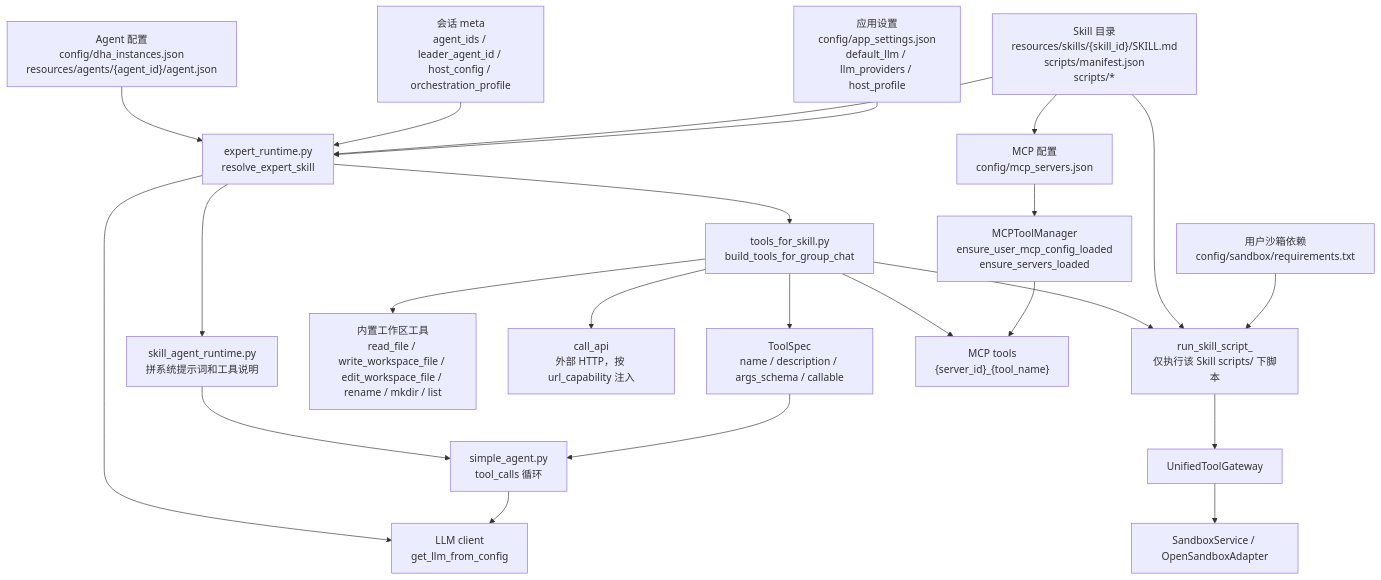
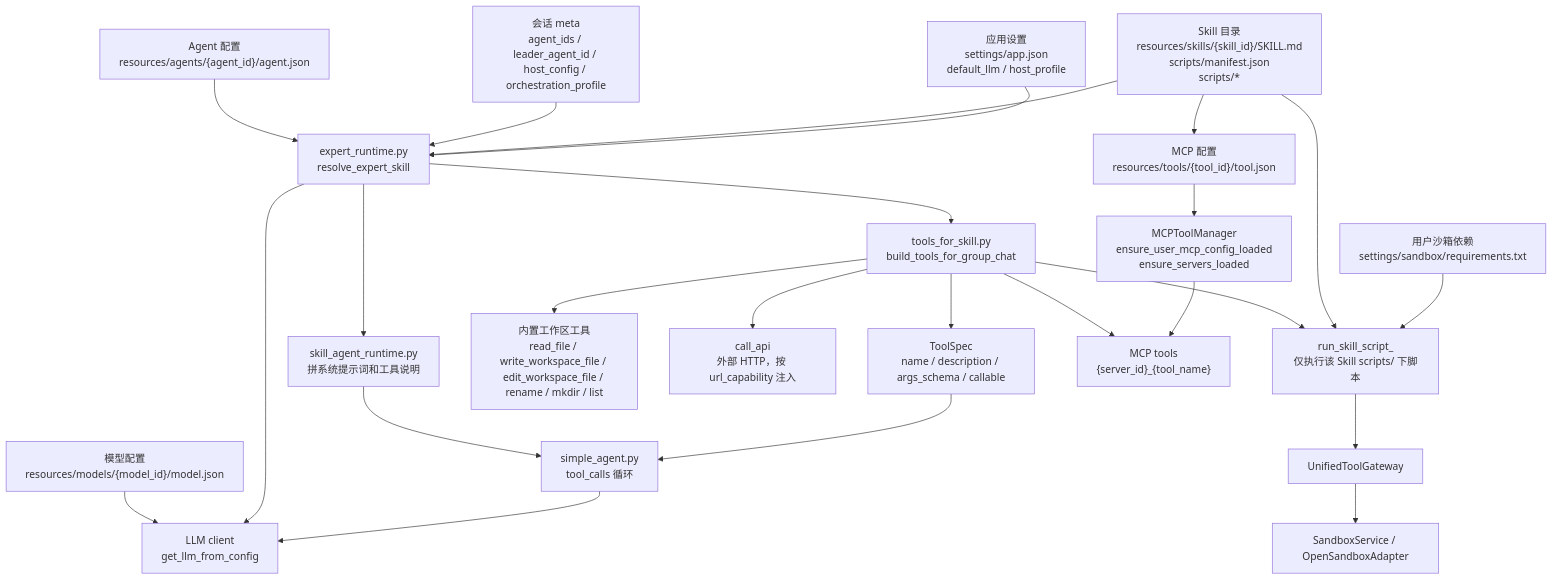
The sixth of 8 diagrams in docs/architecture/interface-map.md (gaoguodong03/shichai), drawn with Mermaid before and after one commit. The commit also changed other lines of this file and 56 other files, not shown here.

````diff
--- a/docs/architecture/interface-map.md
+++ b/docs/architecture/interface-map.md
@@ -636,47 +635,49 @@
 ```mermaid
 flowchart TB
-  AgentProfile["Agent 配置<br/>config/dha_instances.json<br/>resources/agents/{agent_id}/agent.json"]
+  AgentProfile["Agent 配置<br/>resources/agents/{agent_id}/agent.json"]
   SessionMeta["会话 meta<br/>agent_ids / leader_agent_id / host_config / orchestration_profile"]
   SkillTree["Skill 目录<br/>resources/skills/{skill_id}/SKILL.md<br/>scripts/manifest.json<br/>scripts/*"]
-  McpConfig["MCP 配置<br/>config/mcp_servers.json"]
-  AppSettings["应用设置<br/>config/app_settings.json<br/>default_llm / llm_providers / host_profile"]
-  SandboxReq["用户沙箱依赖<br/>config/sandbox/requirements.txt"]
+  McpConfig["MCP 配置<br/>resources/tools/{tool_id}/tool.json"]
+  AppSettings["应用设置<br/>settings/app.json<br/>default_llm / host_profile"]
+  ModelConfig["模型配置<br/>resources/models/{model_id}/model.json"]
+  SandboxReq["用户沙箱依赖<br/>settings/sandbox/requirements.txt"]
 
   ExpertRuntime["expert_runtime.py<br/>resolve_expert_skill"]
   ToolsBuilder["tools_for_skill.py<br/>build_tools_for_group_chat"]
   SkillAgent["skill_agent_runtime.py<br/>拼系统提示词和工具说明"]
   SimpleAgent["simple_agent.py<br/>tool_calls 循环"]
 
   ToolSpec["ToolSpec<br/>name / description / args_schema / callable"]
   BuiltinFile["内置工作区工具<br/>read_file / write_workspace_file / edit_workspace_file / rename / mkdir / list"]
   CallApi["call_api<br/>外部 HTTP，按 url_capability 注入"]
   RunScript["run_skill_script_<skill_id><br/>仅执行该 Skill scripts/ 下脚本"]
   McpTools["MCP tools<br/>{server_id}_{tool_name}"]
 
   MCPManager["MCPToolManager<br/>ensure_user_mcp_config_loaded<br/>ensure_servers_loaded"]
   Gateway["UnifiedToolGateway"]
   Sandbox["SandboxService / OpenSandboxAdapter"]
   LLM["LLM client<br/>get_llm_from_config"]
 
   AgentProfile --> ExpertRuntime
   SessionMeta --> ExpertRuntime
   SkillTree --> ExpertRuntime
   AppSettings --> ExpertRuntime
+  ModelConfig --> LLM
   ExpertRuntime --> ToolsBuilder
   ExpertRuntime --> SkillAgent
   ExpertRuntime --> LLM
   ToolsBuilder --> ToolSpec
   ToolsBuilder --> BuiltinFile
   ToolsBuilder --> CallApi
   ToolsBuilder --> RunScript
   ToolsBuilder --> McpTools
   SkillTree --> RunScript
   SandboxReq --> RunScript
   McpConfig --> MCPManager
   SkillTree --> McpConfig
   MCPManager --> McpTools
   RunScript --> Gateway --> Sandbox
   SkillAgent --> SimpleAgent
   ToolSpec --> SimpleAgent
   SimpleAgent --> LLM
 ```
````
